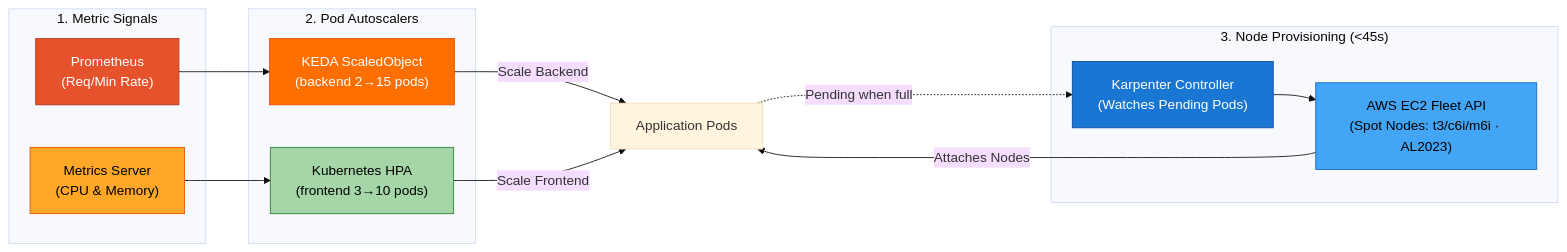
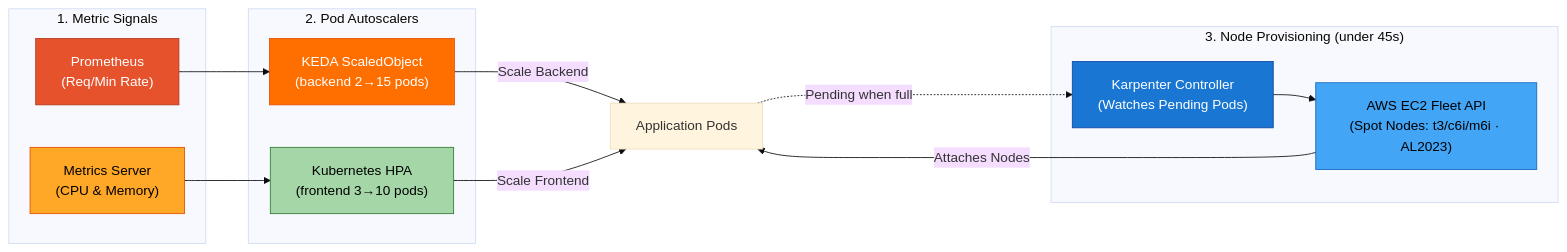
One commit to AdastraGupta/eks-gitops-platform changed the third of 5 diagrams in README.md. Above: the diagram before and after it, drawn with Mermaid (base theme). The commit also changed other lines of this file and 3 other files, not shown here.

First line of the commit message:
fix: resolve Mermaid architecture diagram syntax and update Karpenter configuration

````diff
--- a/README.md
+++ b/README.md
@@ -304,28 +297,28 @@
 ```mermaid
 graph LR
     subgraph Scale_Signals["1. Metric Signals"]
         PROM["Prometheus\n(Req/Min Rate)"]
         METRICS["Metrics Server\n(CPU & Memory)"]
     end
 
     subgraph Pod_Scaling["2. Pod Autoscalers"]
         KEDA["KEDA ScaledObject\n(backend 2→15 pods)"]
         HPA["Kubernetes HPA\n(frontend 3→10 pods)"]
     end
 
-    subgraph Node_Provisioning["3. Node Provisioning (<45s)"]
+    subgraph Node_Provisioning["3. Node Provisioning (under 45s)"]
         KP["Karpenter Controller\n(Watches Pending Pods)"]
         FLEET["AWS EC2 Fleet API\n(Spot Nodes: t3/c6i/m6i · AL2023)"]
     end
 
     PROM --> KEDA -->|"Scale Backend"| APP_PODS["Application Pods"]
     METRICS --> HPA -->|"Scale Frontend"| APP_PODS
     APP_PODS -..->|"Pending when full"| KP --> FLEET -->|"Attaches Nodes"| APP_PODS
 
     style PROM fill:#E6522C,stroke:#B13A1E,color:#fff
     style METRICS fill:#FFA726,stroke:#E65100,color:#000
     style KEDA fill:#FF6F00,stroke:#E65100,color:#fff
     style HPA fill:#A5D6A7,stroke:#2E7D32,color:#000
     style KP fill:#1976D2,stroke:#0D47A1,color:#fff
     style FLEET fill:#42A5F5,stroke:#1565C0,color:#000
 ```
````
